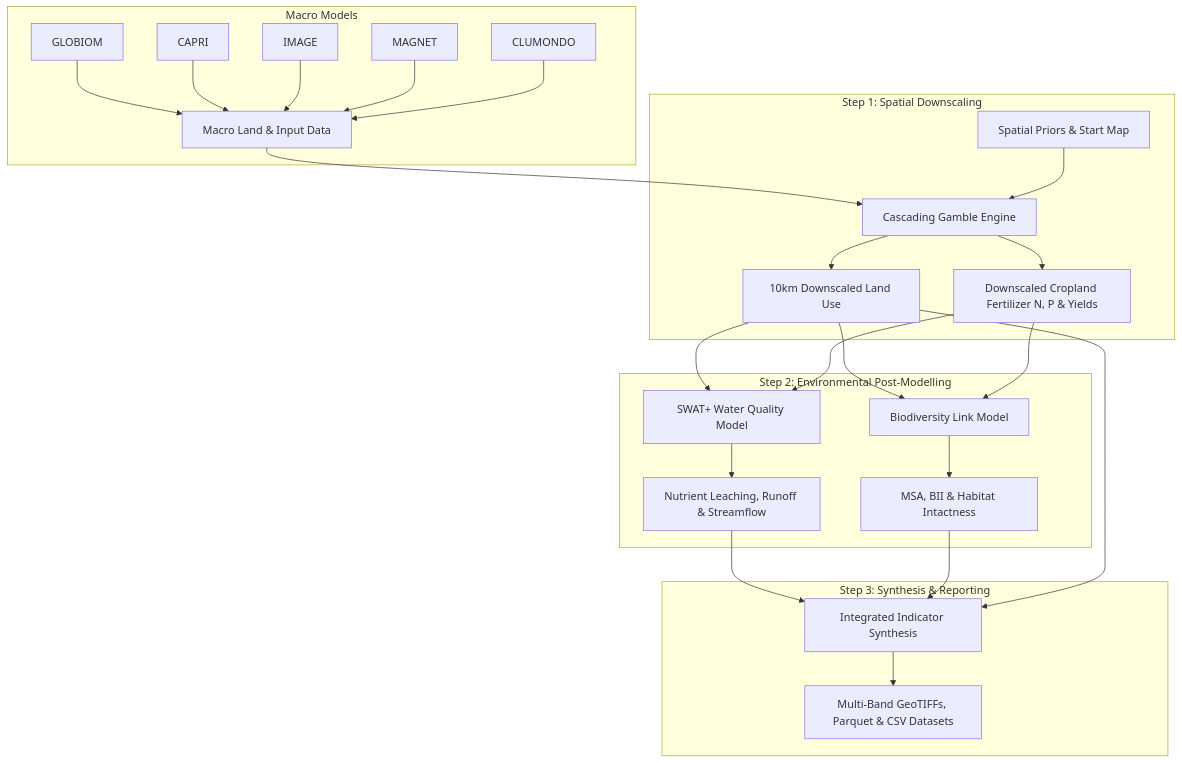
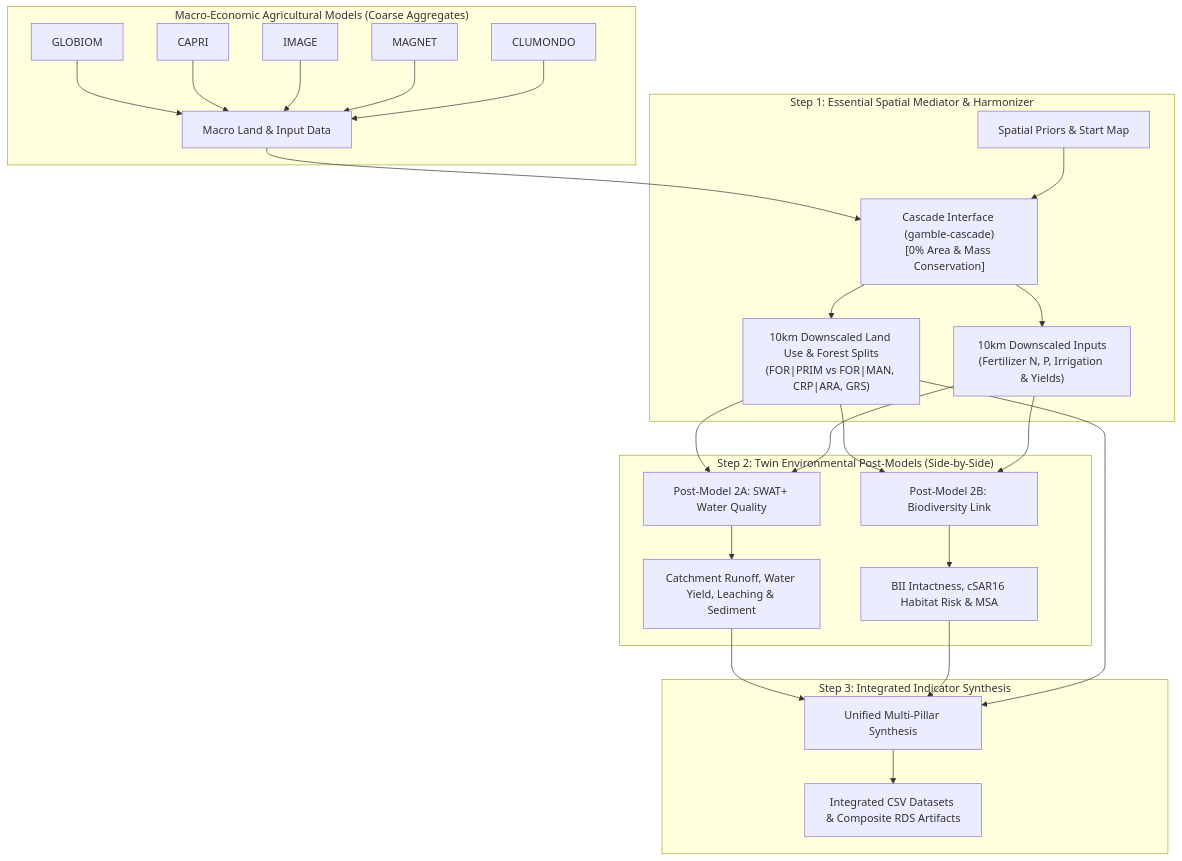
Before and after one commit to lringwald/act4cap-model-orchestrator: the diagram in docs/architecture.md, drawn with Mermaid. The commit also changed other lines of this file and 15 other files, not shown here.

Commit message:
feat(biodiversity): implement formal AgMIP to Biodiversity Link interface mapping table and dynamic calibration

````diff
--- a/docs/architecture.md
+++ b/docs/architecture.md
@@ -5,34 +10,34 @@
 ```mermaid
 flowchart TD
-    subgraph Macro Models
+    subgraph Macro Models ["Macro-Economic Agricultural Models (Coarse Aggregates)"]
         A1[GLOBIOM] --> M[Macro Land & Input Data]
         A2[CAPRI] --> M
         A3[IMAGE] --> M
         A4[MAGNET] --> M
         A5[CLUMONDO] --> M
     end
 
-    subgraph Step 1: Spatial Downscaling
-        M --> CG[Cascading Gamble Engine]
+    subgraph Step 1: Spatial Mediation ["Step 1: Essential Spatial Mediator & Harmonizer"]
+        M --> CG["Cascade Interface (gamble-cascade)\n[0% Area & Mass Conservation]"]
         P[Spatial Priors & Start Map] --> CG
-        CG --> LU[10km Downscaled Land Use]
-        CG --> INP[Downscaled Cropland Fertilizer N, P & Yields]
+        CG --> LU["10km Downscaled Land Use & Forest Splits\n(FOR|PRIM vs FOR|MAN, CRP|ARA, GRS)"]
+        CG --> INP["10km Downscaled Inputs\n(Fertilizer N, P, Irrigation & Yields)"]
     end
 
-    subgraph Step 2: Environmental Post-Modelling
-        LU --> SW[SWAT+ Water Quality Model]
+    subgraph Step 2: Environmental Post-Modelling ["Step 2: Twin Environmental Post-Models (Side-by-Side)"]
+        LU --> SW[Post-Model 2A: SWAT+ Water Quality]
         INP --> SW
-        SW --> WQ[Nutrient Leaching, Runoff & Streamflow]
+        SW --> WQ[Catchment Runoff, Water Yield, Leaching & Sediment]
         
-        LU --> BL[Biodiversity Link Model]
+        LU --> BL[Post-Model 2B: Biodiversity Link]
         INP --> BL
-        BL --> BD[MSA, BII & Habitat Intactness]
+        BL --> BD[BII Intactness, cSAR16 Habitat Risk & MSA]
     end
 
-    subgraph Step 3: Synthesis & Reporting
-        WQ --> SYN[Integrated Indicator Synthesis]
+    subgraph Step 3: Synthesis & Reporting ["Step 3: Integrated Indicator Synthesis"]
+        WQ --> SYN[Unified Multi-Pillar Synthesis]
         BD --> SYN
         LU --> SYN
-        SYN --> OUT[Multi-Band GeoTIFFs, Parquet & CSV Datasets]
+        SYN --> OUT[Integrated CSV Datasets & Composite RDS Artifacts]
     end
 ```
````
